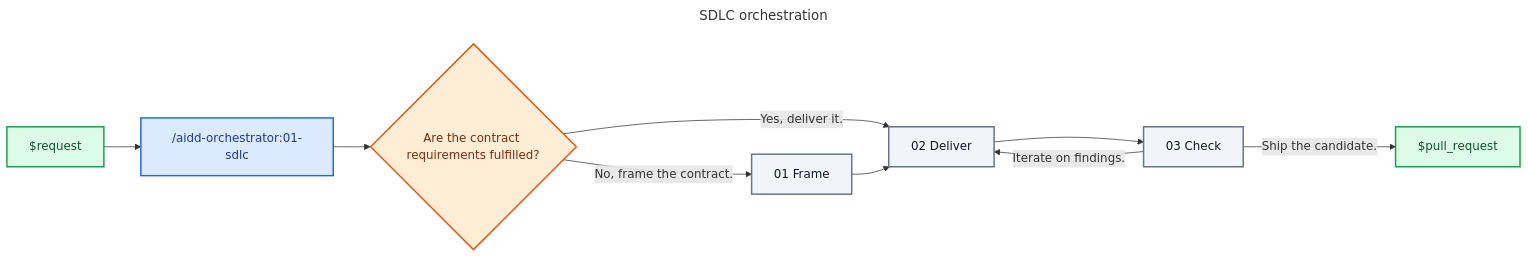
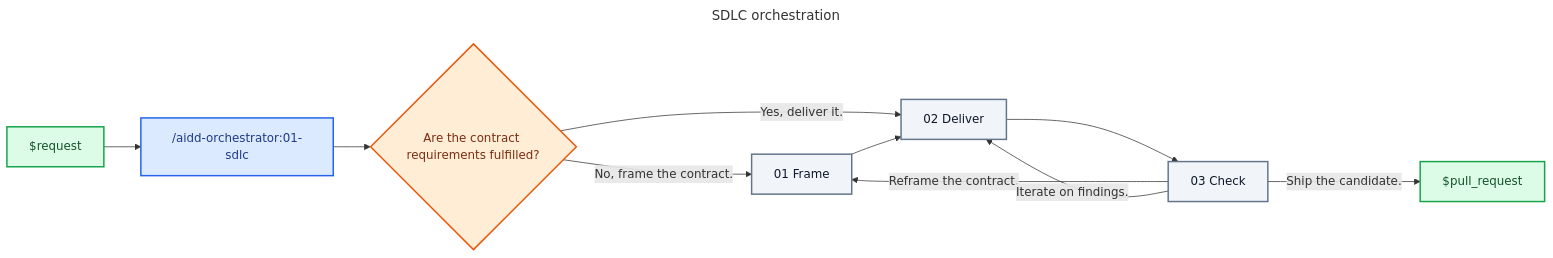
Before and after one commit to ai-driven-dev/aidd-framework: the diagram in plugins/aidd-orchestrator/skills/01-sdlc/SKILL.md, drawn with Mermaid. The commit also changed other lines of this file and 8 other files, not shown here.

````diff
--- a/plugins/aidd-orchestrator/skills/01-sdlc/SKILL.md
+++ b/plugins/aidd-orchestrator/skills/01-sdlc/SKILL.md
@@ -8,32 +8,33 @@
 ```mermaid
 ---
 title: SDLC orchestration
 ---
 flowchart LR
   Request["$request"]
   Sdlc["/aidd-orchestrator:01-sdlc"]
   Ready{"Are the contract requirements fulfilled?"}
   Frame["01 Frame"]
   Deliver["02 Deliver"]
   Check["03 Check"]
   PullRequest["$pull_request"]
 
   Request --> Sdlc
   Sdlc --> Ready
   Ready -- "No, frame the contract." --> Frame
   Ready -- "Yes, deliver it." --> Deliver
   Frame --> Deliver
   Deliver --> Check
+  Check -- "Reframe the contract." --> Frame
   Check -- "Iterate on findings." --> Deliver
   Check -- "Ship the candidate." --> PullRequest
 
   classDef skill fill:#DBEAFE,stroke:#2563EB,color:#1E3A8A,stroke-width:2px
   classDef artifact fill:#DCFCE7,stroke:#16A34A,color:#14532D,stroke-width:2px
   classDef decision fill:#FFEDD5,stroke:#EA580C,color:#7C2D12,stroke-width:2px
   classDef zone fill:#F1F5F9,stroke:#64748B,color:#0F172A,stroke-width:2px
 
   class Sdlc skill
   class Request,PullRequest artifact
   class Ready decision
   class Frame,Deliver,Check zone
 ```
````
